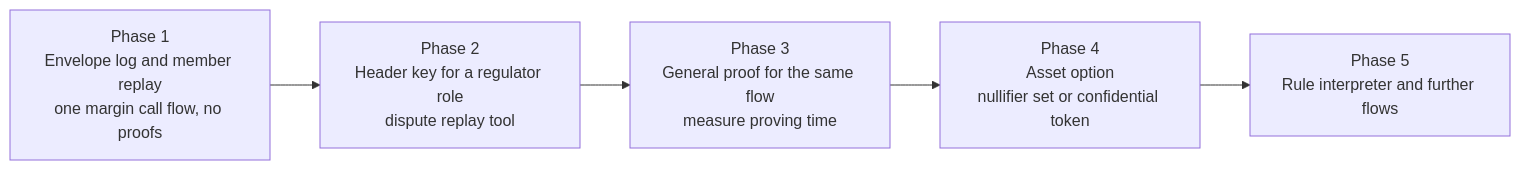
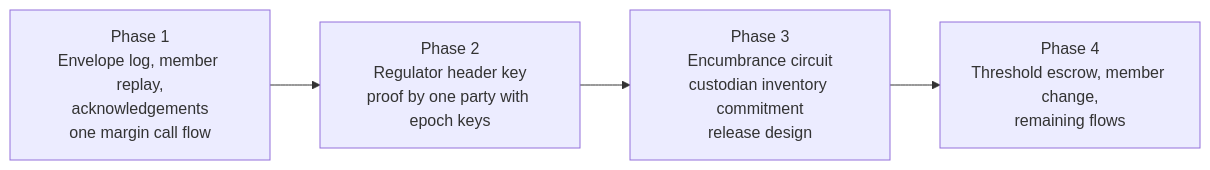
The ninth of 9 diagrams in docs/architecture/onchain-privacy.md (finos-hack/cdm-collateral), drawn with Mermaid before and after one commit. The commit also changed other lines of this file, not shown here.

First line of the commit message:
docs: onchain-privacy revised to the selective-proof design

````diff
--- a/docs/architecture/onchain-privacy.md
+++ b/docs/architecture/onchain-privacy.md
@@ -616,9 +661,8 @@
 ```mermaid
 flowchart LR
-  P1["Phase 1<br/>Envelope log and member replay<br/>one margin call flow, no proofs"]
-  P2["Phase 2<br/>Header key for a regulator role<br/>dispute replay tool"]
-  P3["Phase 3<br/>General proof for the same flow<br/>measure proving time"]
-  P4["Phase 4<br/>Asset option<br/>nullifier set or confidential token"]
-  P5["Phase 5<br/>Rule interpreter and further flows"]
-  P1 --> P2 --> P3 --> P4 --> P5
+  P1["Phase 1<br/>Envelope log, member replay,<br/>acknowledgements<br/>one margin call flow"]
+  P2["Phase 2<br/>Regulator header key<br/>proof by one party with epoch keys"]
+  P3["Phase 3<br/>Encumbrance circuit<br/>custodian inventory commitment<br/>release design"]
+  P4["Phase 4<br/>Threshold escrow, member change,<br/>remaining flows"]
+  P1 --> P2 --> P3 --> P4
 ```
````
